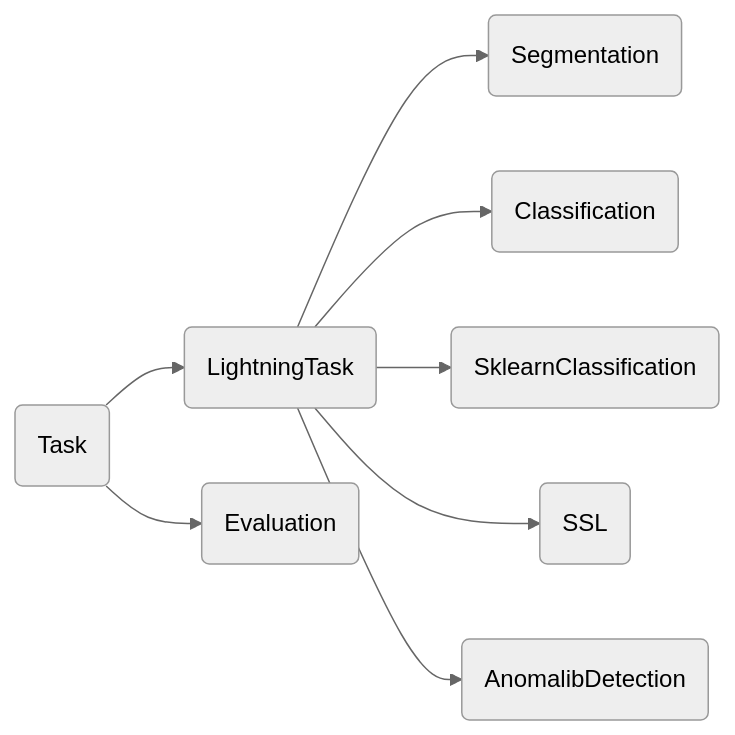
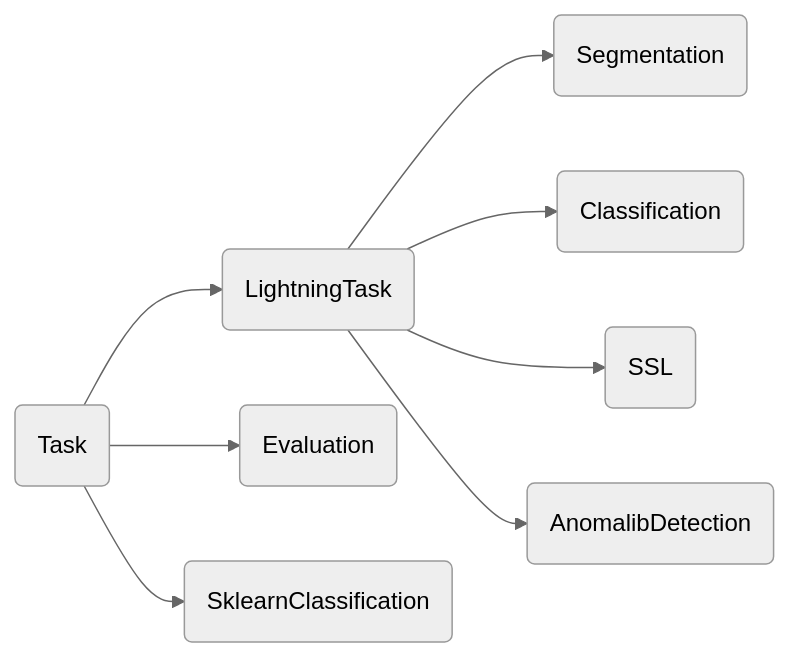
The second of 2 diagrams in docs/tutorials/tasks.md (orobix/quadra), drawn with Mermaid (neutral theme) before and after one commit.

Commit message:
fix: SCL inherits from Task, not from LightningTask

````diff
--- a/docs/tutorials/tasks.md
+++ b/docs/tutorials/tasks.md
@@ -28,10 +28,10 @@
 ``` mermaid
 graph LR;
     T(Task)-->L(LightningTask);
     T-->E(Evaluation);
     L-->SG(Segmentation);
     L-->CL(Classification);
-    L-->SCL(SklearnClassification);
+    T-->SCL(SklearnClassification);
     L-->SSL(SSL);
     L-->AD(AnomalibDetection)
 ```
````
